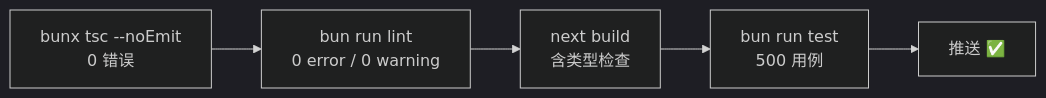
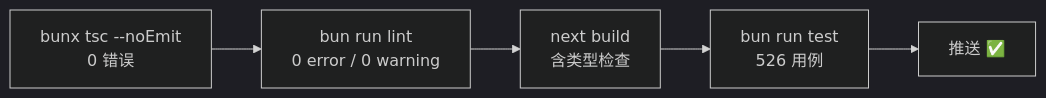
The diagram in docs/developer/07-testing-quality.md (YYC-Cube/YYC3-Baby-MoYu), drawn with Mermaid (dark theme) before and after one commit. The commit also changed other lines of this file and 18 other files, not shown here.

````diff
--- a/docs/developer/07-testing-quality.md
+++ b/docs/developer/07-testing-quality.md
@@ -5,4 +5,4 @@
 ```mermaid
 flowchart LR
-    T["bunx tsc --noEmit<br/>0 错误"] --> L["bun run lint<br/>0 error / 0 warning"] --> B["next build<br/>含类型检查"] --> U["bun run test<br/>500 用例"] --> P["推送 ✅"]
+    T["bunx tsc --noEmit<br/>0 错误"] --> L["bun run lint<br/>0 error / 0 warning"] --> B["next build<br/>含类型检查"] --> U["bun run test<br/>526 用例"] --> P["推送 ✅"]
 ```
````
